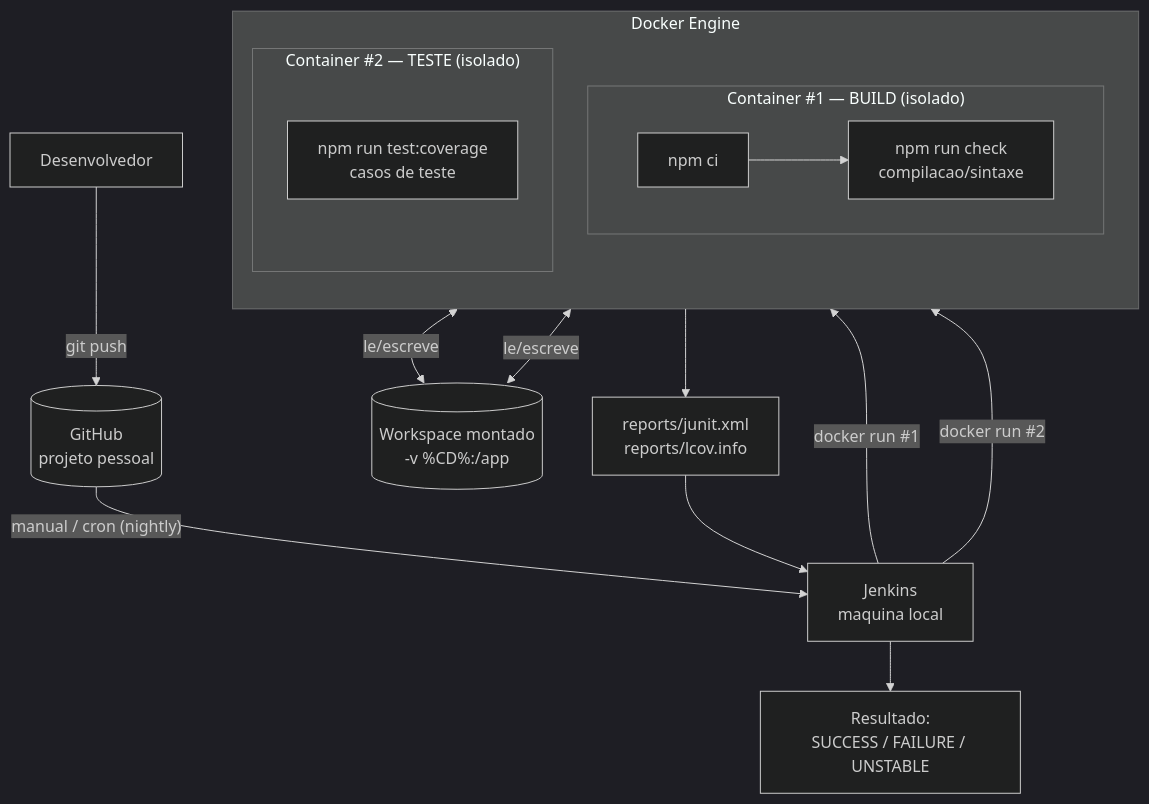
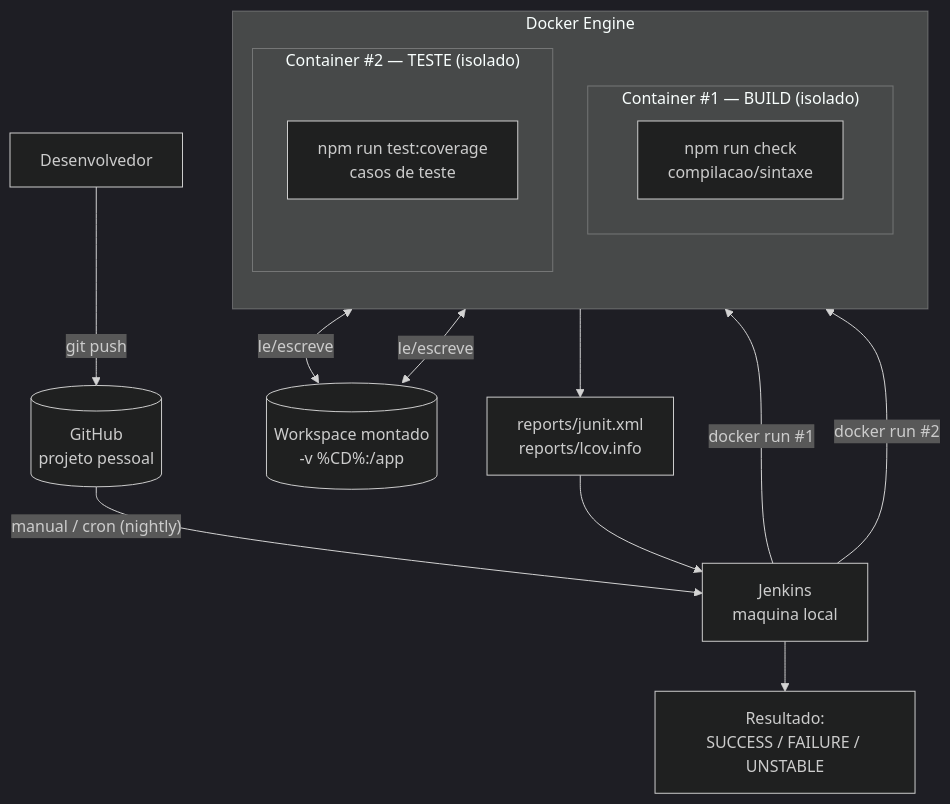
Before and after one commit to DanielTrindade/jenkins-trabalho: the second of 3 diagrams in docs/arquitetura-docker.md, drawn with Mermaid (dark theme). The commit also changed other lines of this file and 5 other files, not shown here.

````diff
--- a/docs/arquitetura-docker.md
+++ b/docs/arquitetura-docker.md
@@ -44,28 +44,26 @@
 ```mermaid
 flowchart TD
     Dev[Desenvolvedor] -->|git push| GH[(GitHub<br/>projeto pessoal)]
     GH -->|"manual / cron (nightly)"| J[Jenkins<br/>maquina local]
 
     J -->|"docker run #1"| BuildC
     J -->|"docker run #2"| TestC
 
     subgraph Docker["Docker Engine"]
         direction TB
         subgraph BuildC["Container #1 — BUILD (isolado)"]
-            B1[npm ci]
             B2[npm run check<br/>compilacao/sintaxe]
-            B1 --> B2
         end
         subgraph TestC["Container #2 — TESTE (isolado)"]
             T1[npm run test:coverage<br/>casos de teste]
         end
     end
 
     WS[(Workspace montado<br/>-v %CD%:/app)]
     BuildC <-->|le/escreve| WS
     TestC  <-->|le/escreve| WS
 
     T1 --> R[reports/junit.xml<br/>reports/lcov.info]
     R --> J
     J --> Result["Resultado:<br/>SUCCESS / FAILURE / UNSTABLE"]
 ```
````
